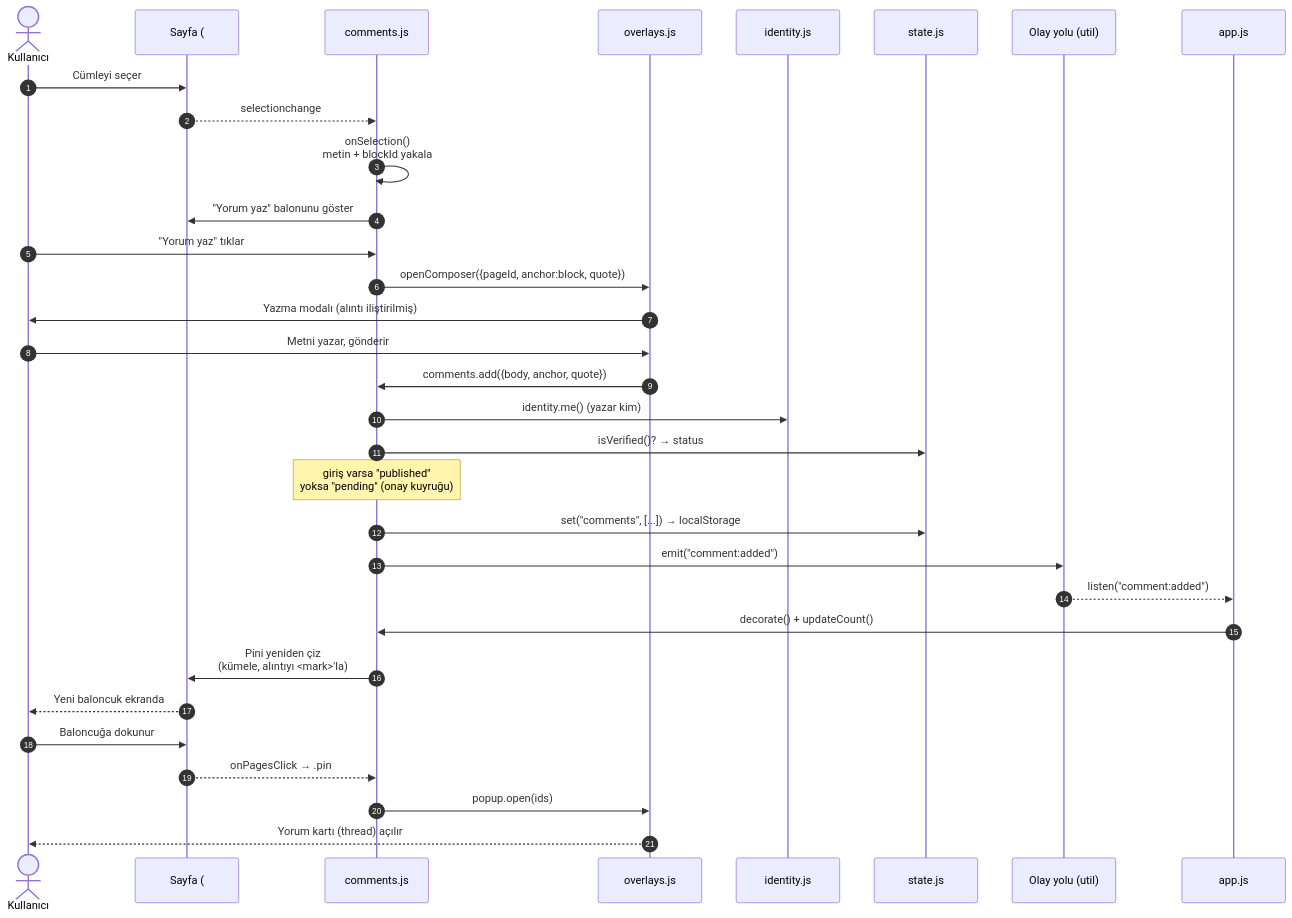
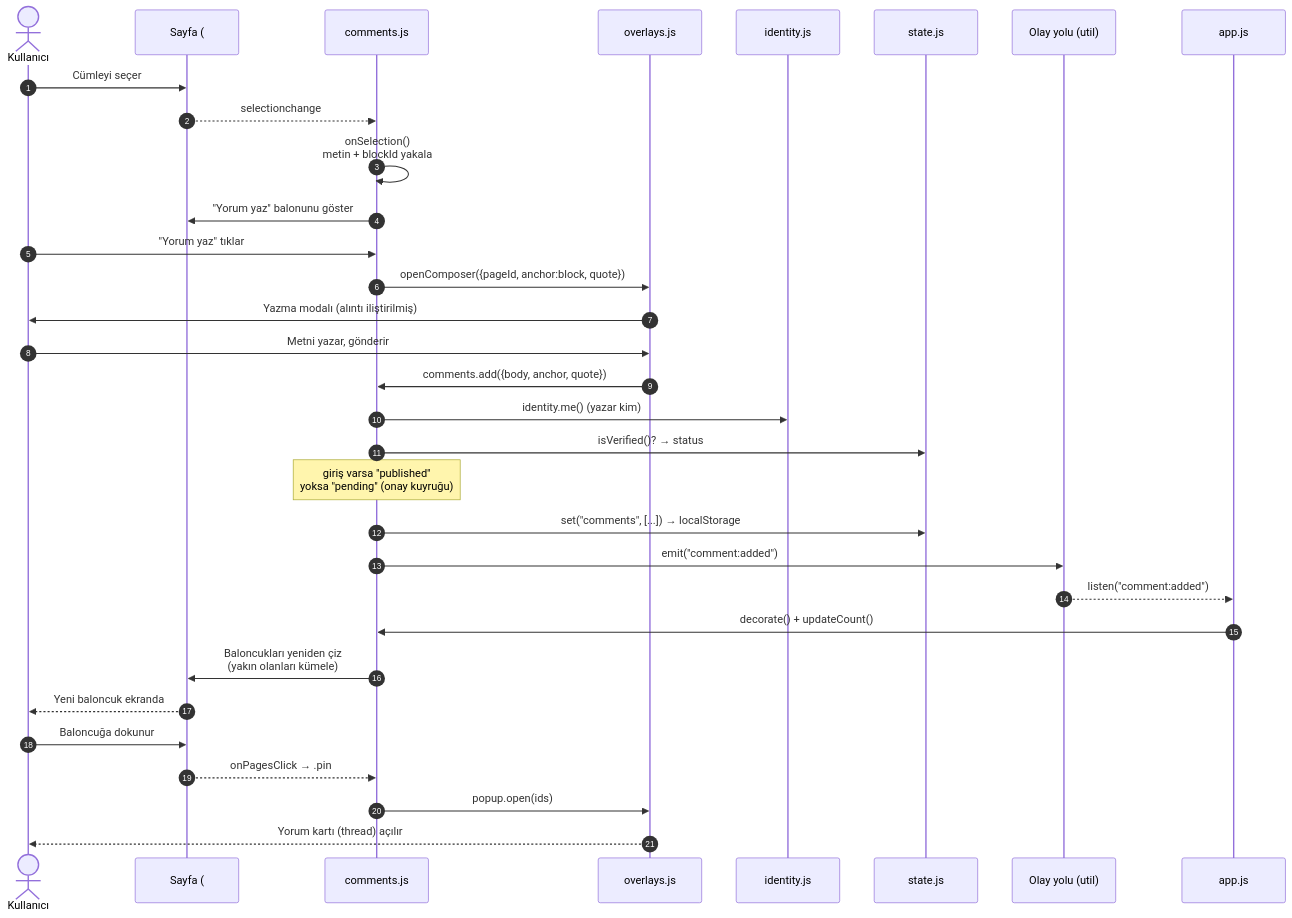
One commit to emreuctepe/sergi changed the second of 2 diagrams in docs/MIMARI.md. Above: the diagram before and after it, drawn with Mermaid. The commit also changed other lines of this file and 7 other files, not shown here.

````diff
--- a/docs/MIMARI.md
+++ b/docs/MIMARI.md
@@ -116,39 +134,39 @@
 ```mermaid
 sequenceDiagram
     autonumber
     actor U as Kullanıcı
     participant DOM as Sayfa (#pages)
     participant CM as comments.js
     participant OV as overlays.js
     participant ID as identity.js
     participant ST as state.js
     participant BUS as Olay yolu (util)
     participant AP as app.js
 
     U->>DOM: Cümleyi seçer
     DOM-->>CM: selectionchange
     CM->>CM: onSelection()<br/>metin + blockId yakala
     CM->>DOM: "Yorum yaz" balonunu göster
 
     U->>CM: "Yorum yaz" tıklar
     CM->>OV: openComposer({pageId, anchor:block, quote})
     OV->>U: Yazma modalı (alıntı iliştirilmiş)
 
     U->>OV: Metni yazar, gönderir
     OV->>CM: comments.add({body, anchor, quote})
     CM->>ID: identity.me() (yazar kim)
     CM->>ST: isVerified()? → status
     Note over CM: giriş varsa "published"<br/>yoksa "pending" (onay kuyruğu)
     CM->>ST: set("comments", [...])  → localStorage
     CM->>BUS: emit("comment:added")
 
     BUS-->>AP: listen("comment:added")
     AP->>CM: decorate() + updateCount()
-    CM->>DOM: Pini yeniden çiz<br/>(kümele, alıntıyı <mark>'la)
+    CM->>DOM: Baloncukları yeniden çiz<br/>(yakın olanları kümele)
     DOM-->>U: Yeni baloncuk ekranda
 
     U->>DOM: Baloncuğa dokunur
     DOM-->>CM: onPagesClick → .pin
     CM->>OV: popup.open(ids)
     OV-->>U: Yorum kartı (thread) açılır
 ```
````
